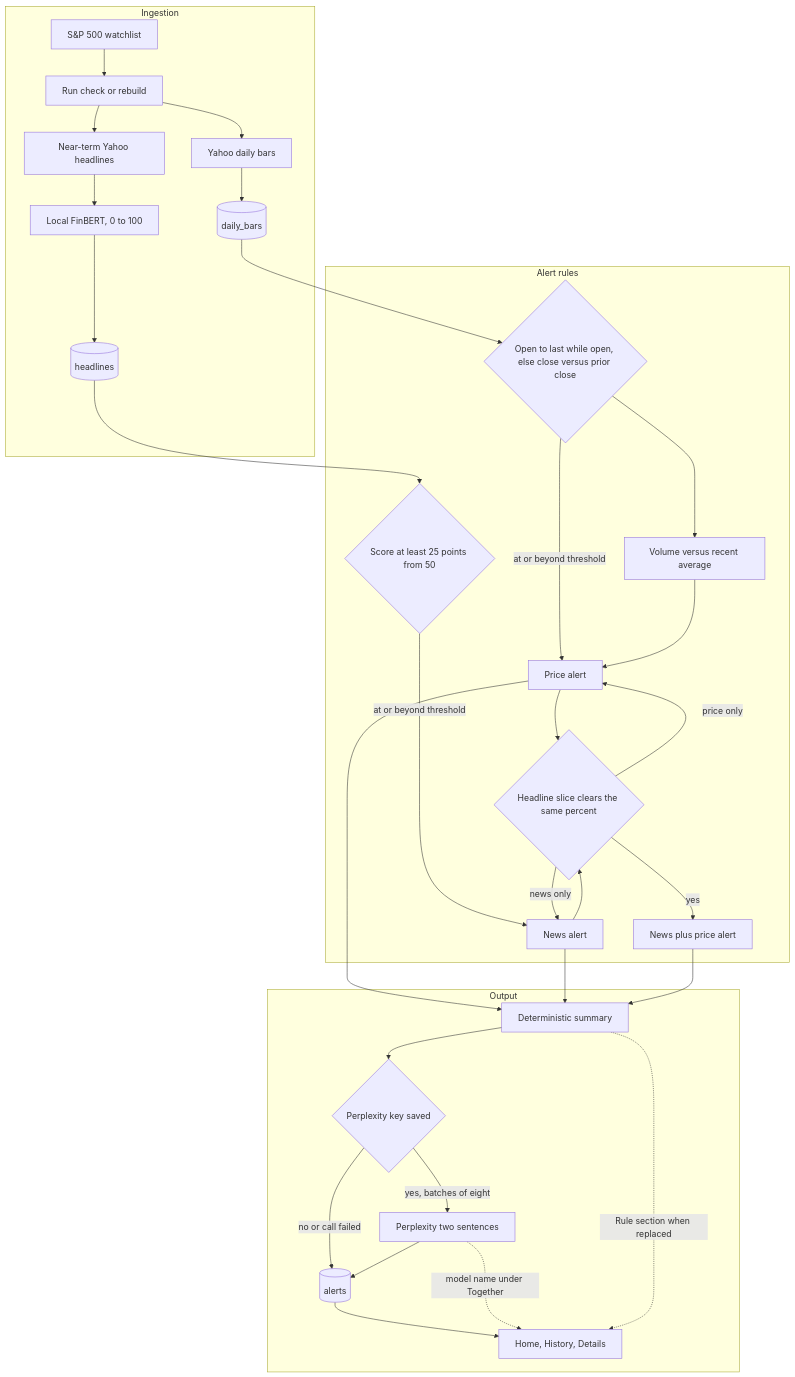
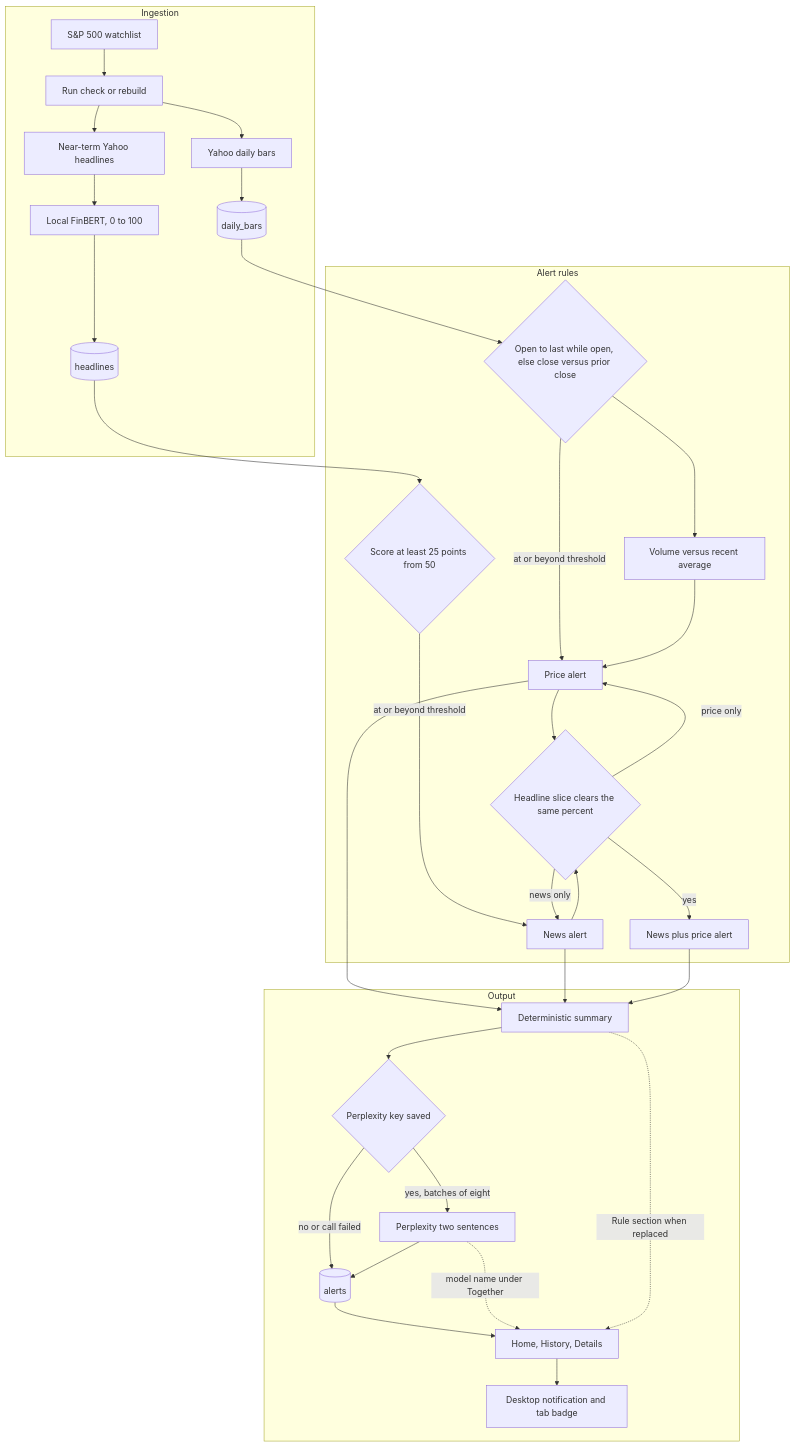
The first of 8 diagrams in docs/architecture.md (sameerde4/ticker-alert-system), drawn with Mermaid before and after one commit. The commit also changed other lines of this file and 4 other files, not shown here.

````diff
--- a/docs/architecture.md
+++ b/docs/architecture.md
@@ -61,38 +62,39 @@
 ```mermaid
 flowchart TB
     subgraph ingest [Ingestion]
         WL[S&P 500 watchlist] --> RUN[Run check or rebuild]
         RUN --> PX[Yahoo daily bars]
         RUN --> NW[Near-term Yahoo headlines]
         PX --> BARS[(daily_bars)]
         NW --> SCORE[Local FinBERT, 0 to 100]
         SCORE --> NEWS[(headlines)]
     end
 
     subgraph rules [Alert rules]
         BARS --> PRICE{Open to last while open, else close versus prior close}
         PRICE -->|at or beyond threshold| PA[Price alert]
         PRICE --> VOL[Volume versus recent average]
         VOL --> PA
         NEWS --> NA{Score at least 25 points from 50}
         NA -->|at or beyond threshold| NEWSALERT[News alert]
         PA --> ONE{Headline slice clears the same percent}
         NEWSALERT --> ONE
         ONE -->|yes| FA[News plus price alert]
         ONE -->|price only| PA
         ONE -->|news only| NEWSALERT
     end
 
     subgraph out [Output]
         PA --> RULE[Deterministic summary]
         NEWSALERT --> RULE
         FA --> RULE
         RULE --> KEY{Perplexity key saved}
         KEY -->|no or call failed| ALERTS[(alerts)]
         KEY -->|yes, batches of eight| PPLX[Perplexity two sentences]
         PPLX --> ALERTS
         ALERTS --> UI[Home, History, Details]
+        UI --> NOTE[Desktop notification and tab badge]
         PPLX -.->|model name under Together| UI
         RULE -.->|Rule section when replaced| UI
     end
 ```
````
